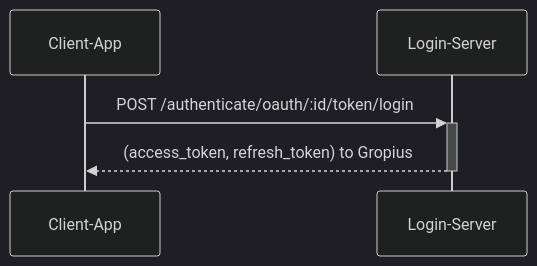
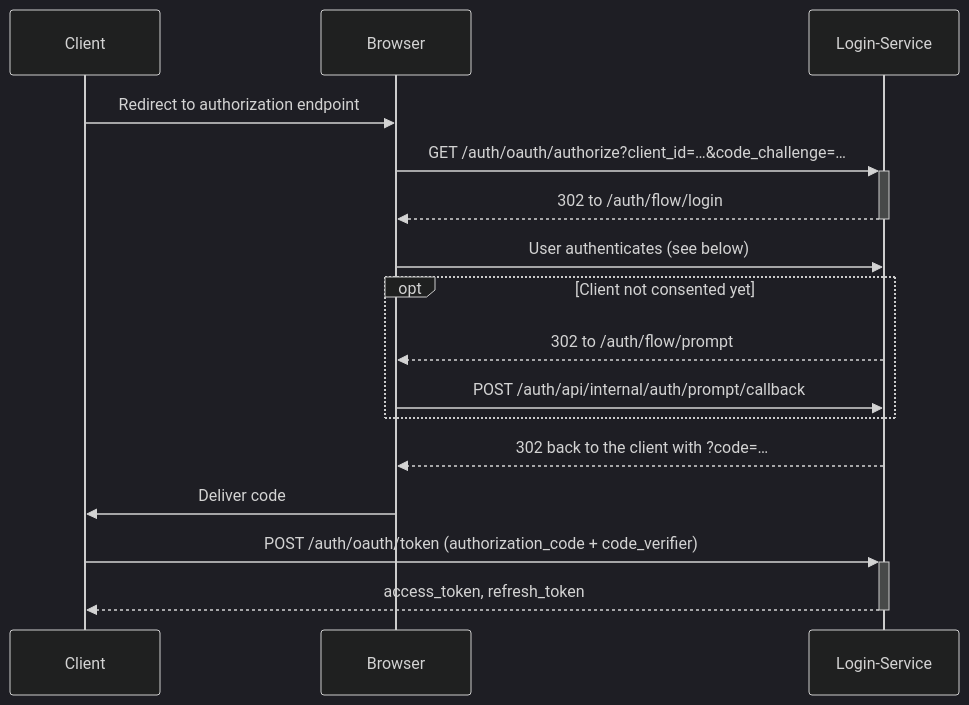
One commit to ccims/gropius changed the first of 4 diagrams in website/docs/docs/login.md. Above: the diagram before and after it, drawn with Mermaid (dark theme). The commit also changed other lines of this file and 1 other file, not shown here.

First line of the commit message:
Update the login service docs to the current state

````diff
--- a/website/docs/docs/login.md
+++ b/website/docs/docs/login.md
@@ -94,8 +189,19 @@
 ```mermaid
 sequenceDiagram
-    participant C as Client-App
-    participant LS as Login-Server
-    
-    C->>+LS: POST /authenticate/oauth/:id/token/login
-    LS-->>-C: (access_token, refresh_token) to Gropius
+    participant C as Client
+    participant B as Browser
+    participant LS as Login-Service
+
+    C->>B: Redirect to authorization endpoint
+    B->>+LS: GET /auth/oauth/authorize?client_id=…&code_challenge=…
+    LS-->>-B: 302 to /auth/flow/login
+    B->>LS: User authenticates (see below)
+    opt Client not consented yet
+        LS-->>B: 302 to /auth/flow/prompt
+        B->>LS: POST /auth/api/internal/auth/prompt/callback
+    end
+    LS-->>B: 302 back to the client with ?code=…
+    B->>C: Deliver code
+    C->>+LS: POST /auth/oauth/token (authorization_code + code_verifier)
+    LS-->>-C: access_token, refresh_token
 ```
````
